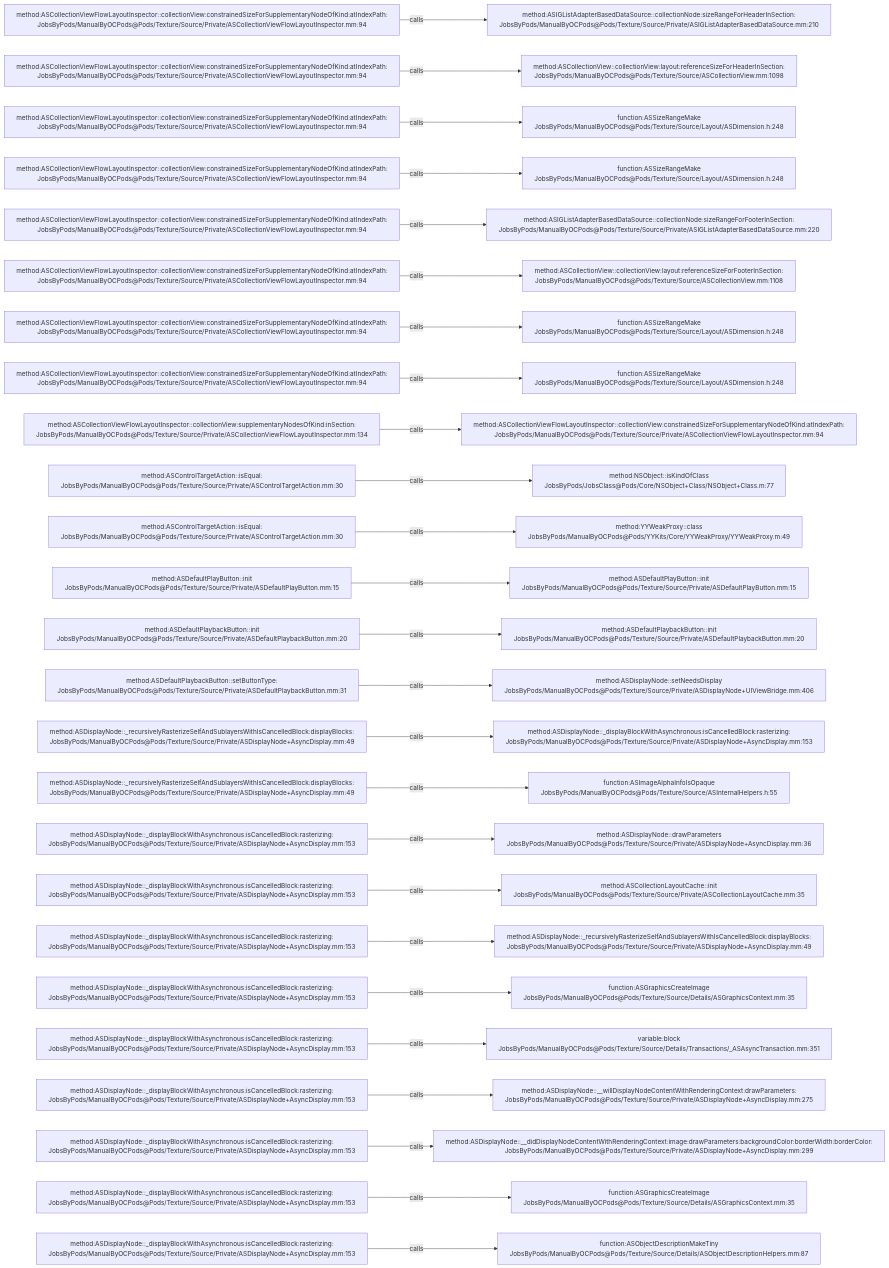
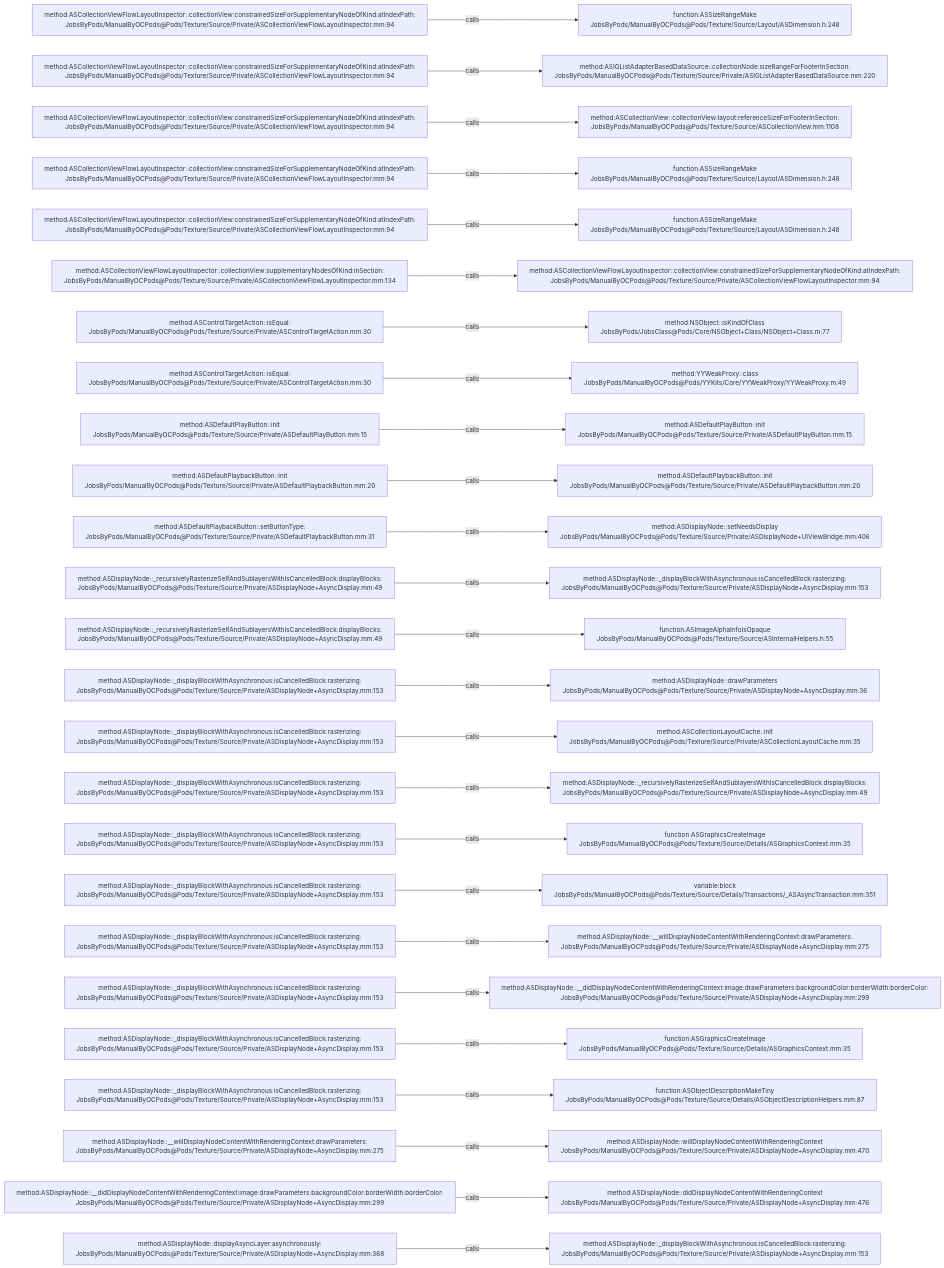
One commit to JobsKits/JobsOCBaseConfigDemo changed the diagram in .codegraph/codegraph.md/graphs/calls-188.md. Above: the diagram before and after it, drawn with Mermaid. The commit also changed 342 other files, not shown here.

````diff
--- a/.codegraph/codegraph.md/graphs/calls-188.md
+++ b/.codegraph/codegraph.md/graphs/calls-188.md
@@ -13,78 +13,78 @@
 ```mermaid
 flowchart LR
   S1["method:ASCollectionViewFlowLayoutInspector::collectionView:constrainedSizeForSupplementaryNodeOfKind:atIndexPath:<br/>JobsByPods/ManualByOCPods@Pods/Texture/Source/Private/ASCollectionViewFlowLayoutInspector.mm:94"]
-  T1["method:ASIGListAdapterBasedDataSource::collectionNode:sizeRangeForHeaderInSection:<br/>JobsByPods/ManualByOCPods@Pods/Texture/Source/Private/ASIGListAdapterBasedDataSource.mm:210"]
+  T1["function:ASSizeRangeMake<br/>JobsByPods/ManualByOCPods@Pods/Texture/Source/Layout/ASDimension.h:248"]
   S1 -->|calls| T1
   S2["method:ASCollectionViewFlowLayoutInspector::collectionView:constrainedSizeForSupplementaryNodeOfKind:atIndexPath:<br/>JobsByPods/ManualByOCPods@Pods/Texture/Source/Private/ASCollectionViewFlowLayoutInspector.mm:94"]
-  T2["method:ASCollectionView::collectionView:layout:referenceSizeForHeaderInSection:<br/>JobsByPods/ManualByOCPods@Pods/Texture/Source/ASCollectionView.mm:1098"]
+  T2["method:ASIGListAdapterBasedDataSource::collectionNode:sizeRangeForFooterInSection:<br/>JobsByPods/ManualByOCPods@Pods/Texture/Source/Private/ASIGListAdapterBasedDataSource.mm:220"]
   S2 -->|calls| T2
   S3["method:ASCollectionViewFlowLayoutInspector::collectionView:constrainedSizeForSupplementaryNodeOfKind:atIndexPath:<br/>JobsByPods/ManualByOCPods@Pods/Texture/Source/Private/ASCollectionViewFlowLayoutInspector.mm:94"]
-  T3["function:ASSizeRangeMake<br/>JobsByPods/ManualByOCPods@Pods/Texture/Source/Layout/ASDimension.h:248"]
+  T3["method:ASCollectionView::collectionView:layout:referenceSizeForFooterInSection:<br/>JobsByPods/ManualByOCPods@Pods/Texture/Source/ASCollectionView.mm:1108"]
   S3 -->|calls| T3
   S4["method:ASCollectionViewFlowLayoutInspector::collectionView:constrainedSizeForSupplementaryNodeOfKind:atIndexPath:<br/>JobsByPods/ManualByOCPods@Pods/Texture/Source/Private/ASCollectionViewFlowLayoutInspector.mm:94"]
   T4["function:ASSizeRangeMake<br/>JobsByPods/ManualByOCPods@Pods/Texture/Source/Layout/ASDimension.h:248"]
   S4 -->|calls| T4
   S5["method:ASCollectionViewFlowLayoutInspector::collectionView:constrainedSizeForSupplementaryNodeOfKind:atIndexPath:<br/>JobsByPods/ManualByOCPods@Pods/Texture/Source/Private/ASCollectionViewFlowLayoutInspector.mm:94"]
-  T5["method:ASIGListAdapterBasedDataSource::collectionNode:sizeRangeForFooterInSection:<br/>JobsByPods/ManualByOCPods@Pods/Texture/Source/Private/ASIGListAdapterBasedDataSource.mm:220"]
+  T5["function:ASSizeRangeMake<br/>JobsByPods/ManualByOCPods@Pods/Texture/Source/Layout/ASDimension.h:248"]
   S5 -->|calls| T5
-  S6["method:ASCollectionViewFlowLayoutInspector::collectionView:constrainedSizeForSupplementaryNodeOfKind:atIndexPath:<br/>JobsByPods/ManualByOCPods@Pods/Texture/Source/Private/ASCollectionViewFlowLayoutInspector.mm:94"]
-  T6["method:ASCollectionView::collectionView:layout:referenceSizeForFooterInSection:<br/>JobsByPods/ManualByOCPods@Pods/Texture/Source/ASCollectionView.mm:1108"]
+  S6["method:ASCollectionViewFlowLayoutInspector::collectionView:supplementaryNodesOfKind:inSection:<br/>JobsByPods/ManualByOCPods@Pods/Texture/Source/Private/ASCollectionViewFlowLayoutInspector.mm:134"]
+  T6["method:ASCollectionViewFlowLayoutInspector::collectionView:constrainedSizeForSupplementaryNodeOfKind:atIndexPath:<br/>JobsByPods/ManualByOCPods@Pods/Texture/Source/Private/ASCollectionViewFlowLayoutInspector.mm:94"]
   S6 -->|calls| T6
-  S7["method:ASCollectionViewFlowLayoutInspector::collectionView:constrainedSizeForSupplementaryNodeOfKind:atIndexPath:<br/>JobsByPods/ManualByOCPods@Pods/Texture/Source/Private/ASCollectionViewFlowLayoutInspector.mm:94"]
-  T7["function:ASSizeRangeMake<br/>JobsByPods/ManualByOCPods@Pods/Texture/Source/Layout/ASDimension.h:248"]
+  S7["method:ASControlTargetAction::isEqual:<br/>JobsByPods/ManualByOCPods@Pods/Texture/Source/Private/ASControlTargetAction.mm:30"]
+  T7["method:NSObject::isKindOfClass<br/>JobsByPods/JobsClass@Pods/Core/NSObject+Class/NSObject+Class.m:77"]
   S7 -->|calls| T7
-  S8["method:ASCollectionViewFlowLayoutInspector::collectionView:constrainedSizeForSupplementaryNodeOfKind:atIndexPath:<br/>JobsByPods/ManualByOCPods@Pods/Texture/Source/Private/ASCollectionViewFlowLayoutInspector.mm:94"]
-  T8["function:ASSizeRangeMake<br/>JobsByPods/ManualByOCPods@Pods/Texture/Source/Layout/ASDimension.h:248"]
+  S8["method:ASControlTargetAction::isEqual:<br/>JobsByPods/ManualByOCPods@Pods/Texture/Source/Private/ASControlTargetAction.mm:30"]
+  T8["method:YYWeakProxy::class<br/>JobsByPods/ManualByOCPods@Pods/YYKits/Core/YYWeakProxy/YYWeakProxy.m:49"]
   S8 -->|calls| T8
-  S9["method:ASCollectionViewFlowLayoutInspector::collectionView:supplementaryNodesOfKind:inSection:<br/>JobsByPods/ManualByOCPods@Pods/Texture/Source/Private/ASCollectionViewFlowLayoutInspector.mm:134"]
-  T9["method:ASCollectionViewFlowLayoutInspector::collectionView:constrainedSizeForSupplementaryNodeOfKind:atIndexPath:<br/>JobsByPods/ManualByOCPods@Pods/Texture/Source/Private/ASCollectionViewFlowLayoutInspector.mm:94"]
+  S9["method:ASDefaultPlayButton::init<br/>JobsByPods/ManualByOCPods@Pods/Texture/Source/Private/ASDefaultPlayButton.mm:15"]
+  T9["method:ASDefaultPlayButton::init<br/>JobsByPods/ManualByOCPods@Pods/Texture/Source/Private/ASDefaultPlayButton.mm:15"]
   S9 -->|calls| T9
-  S10["method:ASControlTargetAction::isEqual:<br/>JobsByPods/ManualByOCPods@Pods/Texture/Source/Private/ASControlTargetAction.mm:30"]
-  T10["method:NSObject::isKindOfClass<br/>JobsByPods/JobsClass@Pods/Core/NSObject+Class/NSObject+Class.m:77"]
+  S10["method:ASDefaultPlaybackButton::init<br/>JobsByPods/ManualByOCPods@Pods/Texture/Source/Private/ASDefaultPlaybackButton.mm:20"]
+  T10["method:ASDefaultPlaybackButton::init<br/>JobsByPods/ManualByOCPods@Pods/Texture/Source/Private/ASDefaultPlaybackButton.mm:20"]
   S10 -->|calls| T10
-  S11["method:ASControlTargetAction::isEqual:<br/>JobsByPods/ManualByOCPods@Pods/Texture/Source/Private/ASControlTargetAction.mm:30"]
-  T11["method:YYWeakProxy::class<br/>JobsByPods/ManualByOCPods@Pods/YYKits/Core/YYWeakProxy/YYWeakProxy.m:49"]
+  S11["method:ASDefaultPlaybackButton::setButtonType:<br/>JobsByPods/ManualByOCPods@Pods/Texture/Source/Private/ASDefaultPlaybackButton.mm:31"]
+  T11["method:ASDisplayNode::setNeedsDisplay<br/>JobsByPods/ManualByOCPods@Pods/Texture/Source/Private/ASDisplayNode+UIViewBridge.mm:406"]
   S11 -->|calls| T11
-  S12["method:ASDefaultPlayButton::init<br/>JobsByPods/ManualByOCPods@Pods/Texture/Source/Private/ASDefaultPlayButton.mm:15"]
-  T12["method:ASDefaultPlayButton::init<br/>JobsByPods/ManualByOCPods@Pods/Texture/Source/Private/ASDefaultPlayButton.mm:15"]
+  S12["method:ASDisplayNode::_recursivelyRasterizeSelfAndSublayersWithIsCancelledBlock:displayBlocks:<br/>JobsByPods/ManualByOCPods@Pods/Texture/Source/Private/ASDisplayNode+AsyncDisplay.mm:49"]
+  T12["method:ASDisplayNode::_displayBlockWithAsynchronous:isCancelledBlock:rasterizing:<br/>JobsByPods/ManualByOCPods@Pods/Texture/Source/Private/ASDisplayNode+AsyncDisplay.mm:153"]
   S12 -->|calls| T12
-  S13["method:ASDefaultPlaybackButton::init<br/>JobsByPods/ManualByOCPods@Pods/Texture/Source/Private/ASDefaultPlaybackButton.mm:20"]
-  T13["method:ASDefaultPlaybackButton::init<br/>JobsByPods/ManualByOCPods@Pods/Texture/Source/Private/ASDefaultPlaybackButton.mm:20"]
+  S13["method:ASDisplayNode::_recursivelyRasterizeSelfAndSublayersWithIsCancelledBlock:displayBlocks:<br/>JobsByPods/ManualByOCPods@Pods/Texture/Source/Private/ASDisplayNode+AsyncDisplay.mm:49"]
+  T13["function:ASImageAlphaInfoIsOpaque<br/>JobsByPods/ManualByOCPods@Pods/Texture/Source/ASInternalHelpers.h:55"]
   S13 -->|calls| T13
-  S14["method:ASDefaultPlaybackButton::setButtonType:<br/>JobsByPods/ManualByOCPods@Pods/Texture/Source/Private/ASDefaultPlaybackButton.mm:31"]
-  T14["method:ASDisplayNode::setNeedsDisplay<br/>JobsByPods/ManualByOCPods@Pods/Texture/Source/Private/ASDisplayNode+UIViewBridge.mm:406"]
+  S14["method:ASDisplayNode::_displayBlockWithAsynchronous:isCancelledBlock:rasterizing:<br/>JobsByPods/ManualByOCPods@Pods/Texture/Source/Private/ASDisplayNode+AsyncDisplay.mm:153"]
+  T14["method:ASDisplayNode::drawParameters<br/>JobsByPods/ManualByOCPods@Pods/Texture/Source/Private/ASDisplayNode+AsyncDisplay.mm:36"]
   S14 -->|calls| T14
-  S15["method:ASDisplayNode::_recursivelyRasterizeSelfAndSublayersWithIsCancelledBlock:displayBlocks:<br/>JobsByPods/ManualByOCPods@Pods/Texture/Source/Private/ASDisplayNode+AsyncDisplay.mm:49"]
-  T15["method:ASDisplayNode::_displayBlockWithAsynchronous:isCancelledBlock:rasterizing:<br/>JobsByPods/ManualByOCPods@Pods/Texture/Source/Private/ASDisplayNode+AsyncDisplay.mm:153"]
+  S15["method:ASDisplayNode::_displayBlockWithAsynchronous:isCancelledBlock:rasterizing:<br/>JobsByPods/ManualByOCPods@Pods/Texture/Source/Private/ASDisplayNode+AsyncDisplay.mm:153"]
+  T15["method:ASCollectionLayoutCache::init<br/>JobsByPods/ManualByOCPods@Pods/Texture/Source/Private/ASCollectionLayoutCache.mm:35"]
   S15 -->|calls| T15
-  S16["method:ASDisplayNode::_recursivelyRasterizeSelfAndSublayersWithIsCancelledBlock:displayBlocks:<br/>JobsByPods/ManualByOCPods@Pods/Texture/Source/Private/ASDisplayNode+AsyncDisplay.mm:49"]
-  T16["function:ASImageAlphaInfoIsOpaque<br/>JobsByPods/ManualByOCPods@Pods/Texture/Source/ASInternalHelpers.h:55"]
+  S16["method:ASDisplayNode::_displayBlockWithAsynchronous:isCancelledBlock:rasterizing:<br/>JobsByPods/ManualByOCPods@Pods/Texture/Source/Private/ASDisplayNode+AsyncDisplay.mm:153"]
+  T16["method:ASDisplayNode::_recursivelyRasterizeSelfAndSublayersWithIsCancelledBlock:displayBlocks:<br/>JobsByPods/ManualByOCPods@Pods/Texture/Source/Private/ASDisplayNode+AsyncDisplay.mm:49"]
   S16 -->|calls| T16
   S17["method:ASDisplayNode::_displayBlockWithAsynchronous:isCancelledBlock:rasterizing:<br/>JobsByPods/ManualByOCPods@Pods/Texture/Source/Private/ASDisplayNode+AsyncDisplay.mm:153"]
-  T17["method:ASDisplayNode::drawParameters<br/>JobsByPods/ManualByOCPods@Pods/Texture/Source/Private/ASDisplayNode+AsyncDisplay.mm:36"]
+  T17["function:ASGraphicsCreateImage<br/>JobsByPods/ManualByOCPods@Pods/Texture/Source/Details/ASGraphicsContext.mm:35"]
   S17 -->|calls| T17
   S18["method:ASDisplayNode::_displayBlockWithAsynchronous:isCancelledBlock:rasterizing:<br/>JobsByPods/ManualByOCPods@Pods/Texture/Source/Private/ASDisplayNode+AsyncDisplay.mm:153"]
-  T18["method:ASCollectionLayoutCache::init<br/>JobsByPods/ManualByOCPods@Pods/Texture/Source/Private/ASCollectionLayoutCache.mm:35"]
+  T18["variable:block<br/>JobsByPods/ManualByOCPods@Pods/Texture/Source/Details/Transactions/_ASAsyncTransaction.mm:351"]
   S18 -->|calls| T18
   S19["method:ASDisplayNode::_displayBlockWithAsynchronous:isCancelledBlock:rasterizing:<br/>JobsByPods/ManualByOCPods@Pods/Texture/Source/Private/ASDisplayNode+AsyncDisplay.mm:153"]
-  T19["method:ASDisplayNode::_recursivelyRasterizeSelfAndSublayersWithIsCancelledBlock:displayBlocks:<br/>JobsByPods/ManualByOCPods@Pods/Texture/Source/Private/ASDisplayNode+AsyncDisplay.mm:49"]
+  T19["method:ASDisplayNode::__willDisplayNodeContentWithRenderingContext:drawParameters:<br/>JobsByPods/ManualByOCPods@Pods/Texture/Source/Private/ASDisplayNode+AsyncDisplay.mm:275"]
   S19 -->|calls| T19
   S20["method:ASDisplayNode::_displayBlockWithAsynchronous:isCancelledBlock:rasterizing:<br/>JobsByPods/ManualByOCPods@Pods/Texture/Source/Private/ASDisplayNode+AsyncDisplay.mm:153"]
-  T20["function:ASGraphicsCreateImage<br/>JobsByPods/ManualByOCPods@Pods/Texture/Source/Details/ASGraphicsContext.mm:35"]
+  T20["method:ASDisplayNode::__didDisplayNodeContentWithRenderingContext:image:drawParameters:backgroundColor:borderWidth:borderColor:<br/>JobsByPods/ManualByOCPods@Pods/Texture/Source/Private/ASDisplayNode+AsyncDisplay.mm:299"]
   S20 -->|calls| T20
   S21["method:ASDisplayNode::_displayBlockWithAsynchronous:isCancelledBlock:rasterizing:<br/>JobsByPods/ManualByOCPods@Pods/Texture/Source/Private/ASDisplayNode+AsyncDisplay.mm:153"]
-  T21["variable:block<br/>JobsByPods/ManualByOCPods@Pods/Texture/Source/Details/Transactions/_ASAsyncTransaction.mm:351"]
+  T21["function:ASGraphicsCreateImage<br/>JobsByPods/ManualByOCPods@Pods/Texture/Source/Details/ASGraphicsContext.mm:35"]
   S21 -->|calls| T21
   S22["method:ASDisplayNode::_displayBlockWithAsynchronous:isCancelledBlock:rasterizing:<br/>JobsByPods/ManualByOCPods@Pods/Texture/Source/Private/ASDisplayNode+AsyncDisplay.mm:153"]
-  T22["method:ASDisplayNode::__willDisplayNodeContentWithRenderingContext:drawParameters:<br/>JobsByPods/ManualByOCPods@Pods/Texture/Source/Private/ASDisplayNode+AsyncDisplay.mm:275"]
+  T22["function:ASObjectDescriptionMakeTiny<br/>JobsByPods/ManualByOCPods@Pods/Texture/Source/Details/ASObjectDescriptionHelpers.mm:87"]
   S22 -->|calls| T22
-  S23["method:ASDisplayNode::_displayBlockWithAsynchronous:isCancelledBlock:rasterizing:<br/>JobsByPods/ManualByOCPods@Pods/Texture/Source/Private/ASDisplayNode+AsyncDisplay.mm:153"]
-  T23["method:ASDisplayNode::__didDisplayNodeContentWithRenderingContext:image:drawParameters:backgroundColor:borderWidth:borderColor:<br/>JobsByPods/ManualByOCPods@Pods/Texture/Source/Private/ASDisplayNode+AsyncDisplay.mm:299"]
+  S23["method:ASDisplayNode::__willDisplayNodeContentWithRenderingContext:drawParameters:<br/>JobsByPods/ManualByOCPods@Pods/Texture/Source/Private/ASDisplayNode+AsyncDisplay.mm:275"]
+  T23["method:ASDisplayNode::willDisplayNodeContentWithRenderingContext<br/>JobsByPods/ManualByOCPods@Pods/Texture/Source/Private/ASDisplayNode+AsyncDisplay.mm:470"]
   S23 -->|calls| T23
-  S24["method:ASDisplayNode::_displayBlockWithAsynchronous:isCancelledBlock:rasterizing:<br/>JobsByPods/ManualByOCPods@Pods/Texture/Source/Private/ASDisplayNode+AsyncDisplay.mm:153"]
-  T24["function:ASGraphicsCreateImage<br/>JobsByPods/ManualByOCPods@Pods/Texture/Source/Details/ASGraphicsContext.mm:35"]
+  S24["method:ASDisplayNode::__didDisplayNodeContentWithRenderingContext:image:drawParameters:backgroundColor:borderWidth:borderColor:<br/>JobsByPods/ManualByOCPods@Pods/Texture/Source/Private/ASDisplayNode+AsyncDisplay.mm:299"]
+  T24["method:ASDisplayNode::didDisplayNodeContentWithRenderingContext<br/>JobsByPods/ManualByOCPods@Pods/Texture/Source/Private/ASDisplayNode+AsyncDisplay.mm:476"]
   S24 -->|calls| T24
-  S25["method:ASDisplayNode::_displayBlockWithAsynchronous:isCancelledBlock:rasterizing:<br/>JobsByPods/ManualByOCPods@Pods/Texture/Source/Private/ASDisplayNode+AsyncDisplay.mm:153"]
-  T25["function:ASObjectDescriptionMakeTiny<br/>JobsByPods/ManualByOCPods@Pods/Texture/Source/Details/ASObjectDescriptionHelpers.mm:87"]
+  S25["method:ASDisplayNode::displayAsyncLayer:asynchronously:<br/>JobsByPods/ManualByOCPods@Pods/Texture/Source/Private/ASDisplayNode+AsyncDisplay.mm:368"]
+  T25["method:ASDisplayNode::_displayBlockWithAsynchronous:isCancelledBlock:rasterizing:<br/>JobsByPods/ManualByOCPods@Pods/Texture/Source/Private/ASDisplayNode+AsyncDisplay.mm:153"]
   S25 -->|calls| T25
 ```
````
